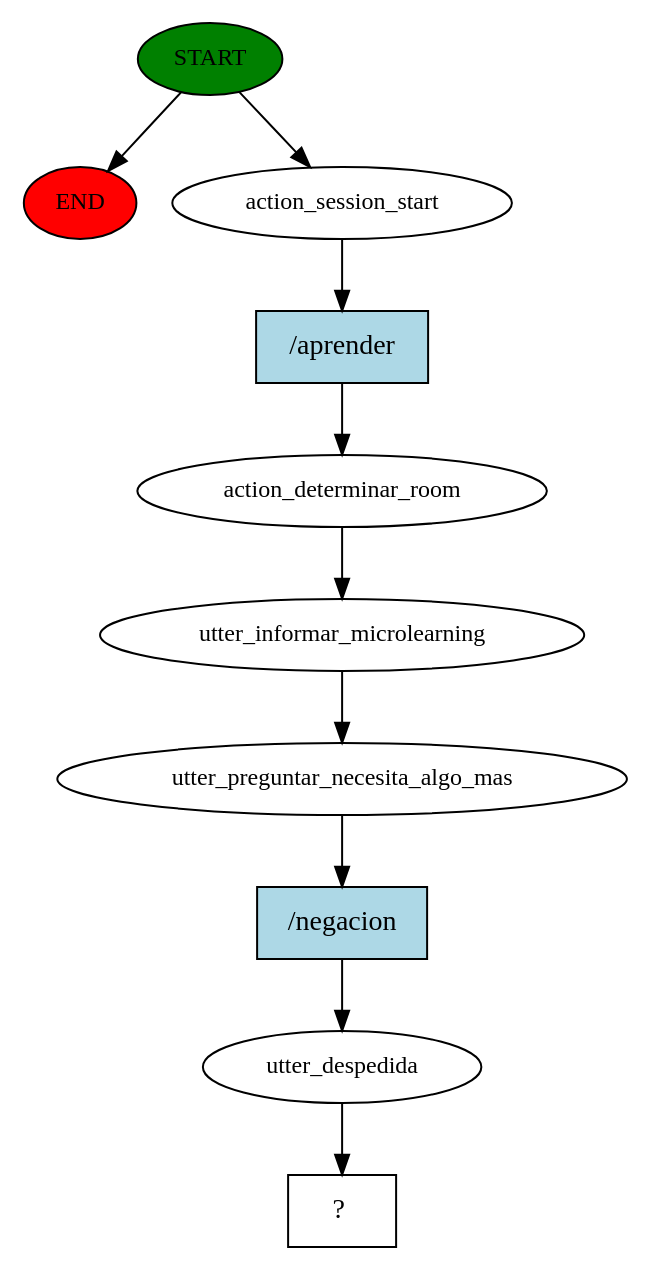
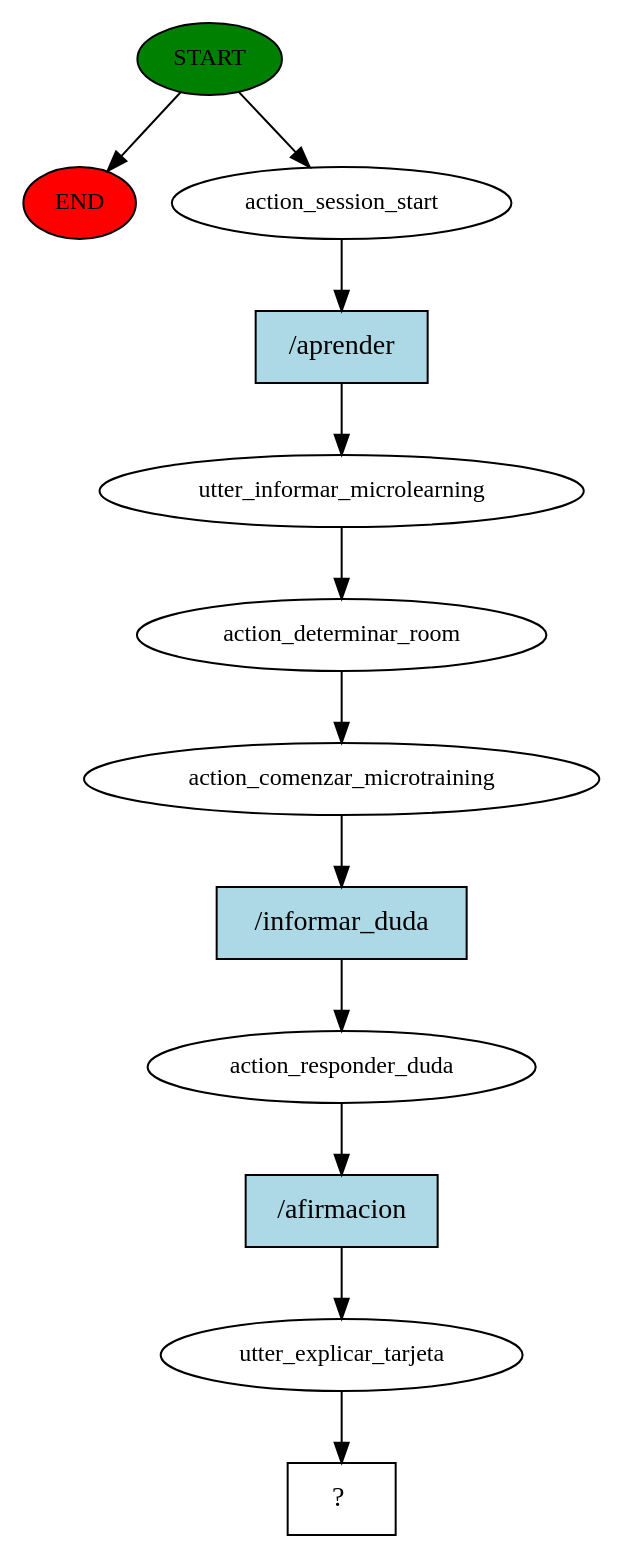
The diagram in AgileRoom/story_graph.dot (Nesunder/AgileRoomBot), drawn with Graphviz before and after one commit. The commit also changed 259 other files, not shown here.

```diff
--- a/AgileRoom/story_graph.dot
+++ b/AgileRoom/story_graph.dot
@@ -1,21 +1,25 @@
 digraph  {
 0 [class="start active", fillcolor=green, fontsize=12, label=START, style=filled];
 "-1" [class=end, fillcolor=red, fontsize=12, label=END, style=filled];
 1 [class=active, fontsize=12, label=action_session_start];
-2 [class=active, fontsize=12, label=action_determinar_room];
-3 [class=active, fontsize=12, label=utter_informar_microlearning];
-4 [class=active, fontsize=12, label=utter_preguntar_necesita_algo_mas];
-5 [class=active, fontsize=12, label=utter_despedida];
-6 [class="intent dashed active", label="  ?  ", shape=rect];
-7 [class="intent active", fillcolor=lightblue, label="/aprender", shape=rect, style=filled];
-8 [class="intent active", fillcolor=lightblue, label="/negacion", shape=rect, style=filled];
+2 [class=active, fontsize=12, label=utter_informar_microlearning];
+3 [class=active, fontsize=12, label=action_determinar_room];
+4 [class=active, fontsize=12, label=action_comenzar_microtraining];
+5 [class=active, fontsize=12, label=action_responder_duda];
+6 [class=active, fontsize=12, label=utter_explicar_tarjeta];
+7 [class="intent dashed active", label="  ?  ", shape=rect];
+8 [class="intent active", fillcolor=lightblue, label="/aprender", shape=rect, style=filled];
+9 [class="intent active", fillcolor=lightblue, label="/informar_duda", shape=rect, style=filled];
+10 [class="intent active", fillcolor=lightblue, label="/afirmacion", shape=rect, style=filled];
 0 -> "-1"  [class="", key=NONE, label=""];
 0 -> 1  [class=active, key=NONE, label=""];
-1 -> 7  [class=active, key=0];
+1 -> 8  [class=active, key=0];
 2 -> 3  [class=active, key=NONE, label=""];
 3 -> 4  [class=active, key=NONE, label=""];
-4 -> 8  [class=active, key=0];
-5 -> 6  [class=active, key=NONE, label=""];
-7 -> 2  [class=active, key=0];
-8 -> 5  [class=active, key=0];
+4 -> 9  [class=active, key=0];
+5 -> 10  [class=active, key=0];
+6 -> 7  [class=active, key=NONE, label=""];
+8 -> 2  [class=active, key=0];
+9 -> 5  [class=active, key=0];
+10 -> 6  [class=active, key=0];
 }
```
